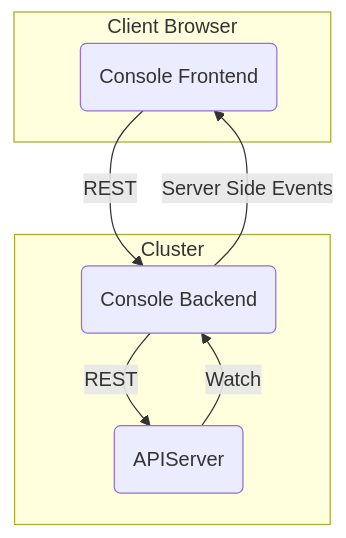
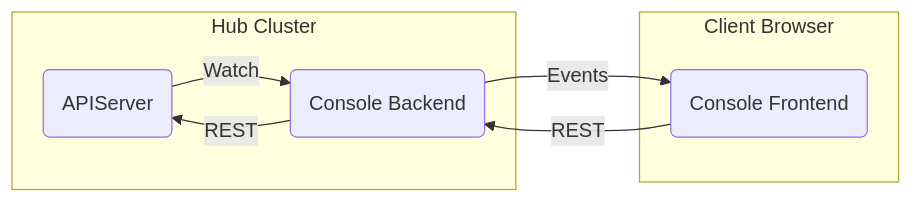
The diagram in docs/ARCHITECTURE.md (stolostron/console), drawn with Mermaid before and after one commit. The commit also changed other lines of this file, not shown here.

````diff
--- a/docs/ARCHITECTURE.md
+++ b/docs/ARCHITECTURE.md
@@ -5,14 +5,14 @@
 ```mermaid
-flowchart TB
-    subgraph Client Browser
-    F(Console Frontend)
-    end
-    subgraph Cluster
+flowchart LR
+    subgraph Hub Cluster
     A(APIServer)
     B(Console Backend)
     A -- Watch --> B
     B -- REST --> A
     end
-    B -- Server Side Events --> F
+    subgraph Client Browser
+    F(Console Frontend)
+    end
+    B -- Events --> F
     F -- REST --> B
 ```
````
